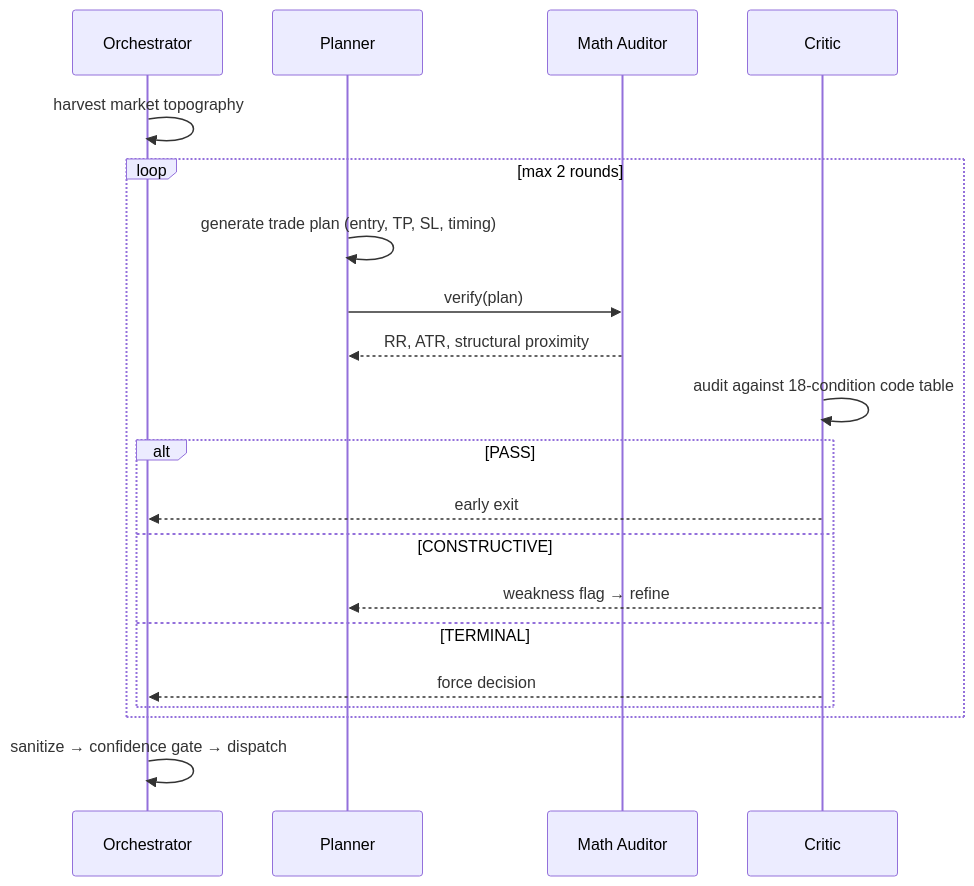
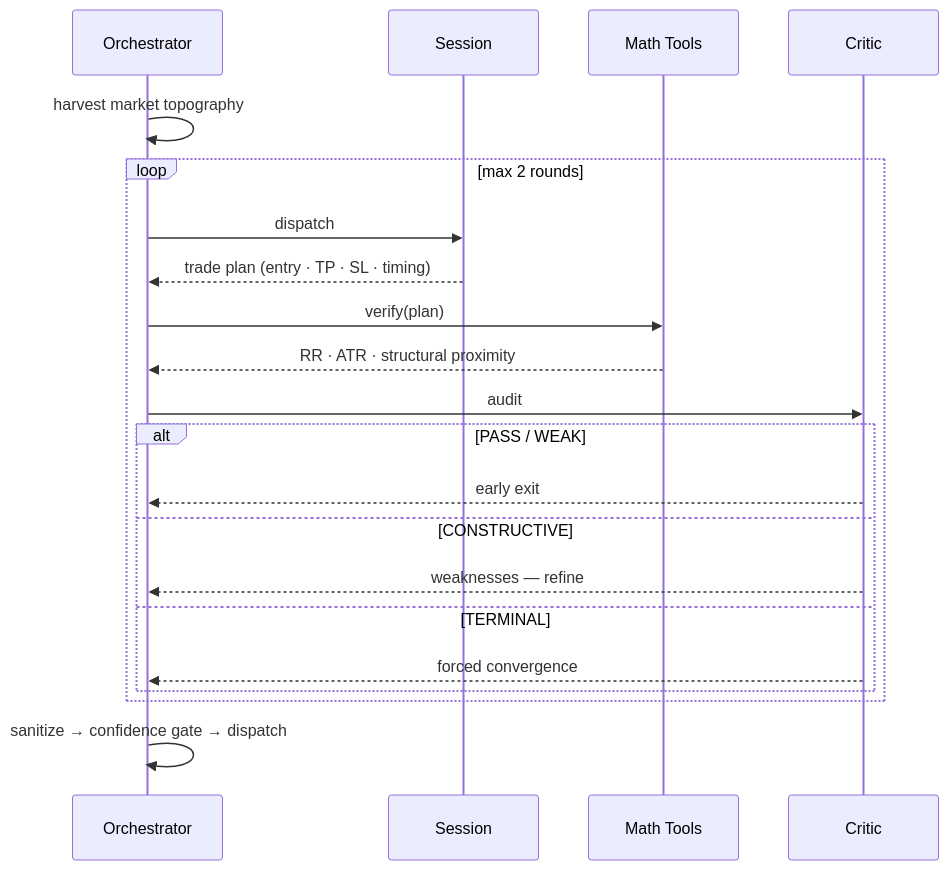
The first of 3 diagrams in README.md (jiangyang5157/binary-star), drawn with Mermaid before and after one commit. The commit also changed other lines of this file, not shown here.

Commit message:
docs: update README documentation to reflect architecture changes, agent workflows, and updated CLI usage

````diff
--- a/README.md
+++ b/README.md
@@ -11,23 +11,24 @@
 ```mermaid
 sequenceDiagram
     participant BSO as Orchestrator
-    participant SA as Planner
-    participant MFC as Math Auditor
-    participant CA as Critic
+    participant S as Session
+    participant M as Math Tools
+    participant C as Critic
 
     BSO->>BSO: harvest market topography
     loop max 2 rounds
-        SA->>SA: generate trade plan (entry, TP, SL, timing)
-        SA->>MFC: verify(plan)
-        MFC-->>SA: RR, ATR, structural proximity
-        CA->>CA: audit against 18-condition code table
-        alt PASS
-            CA-->>BSO: early exit
+        BSO->>S: dispatch
+        S-->>BSO: trade plan (entry · TP · SL · timing)
+        BSO->>M: verify(plan)
+        M-->>BSO: RR · ATR · structural proximity
+        BSO->>C: audit
+        alt PASS / WEAK
+            C-->>BSO: early exit
         else CONSTRUCTIVE
-            CA-->>SA: weakness flag → refine
+            C-->>BSO: weaknesses — refine
         else TERMINAL
-            CA-->>BSO: force decision
+            C-->>BSO: forced convergence
         end
     end
     BSO->>BSO: sanitize → confidence gate → dispatch
 ```
````
